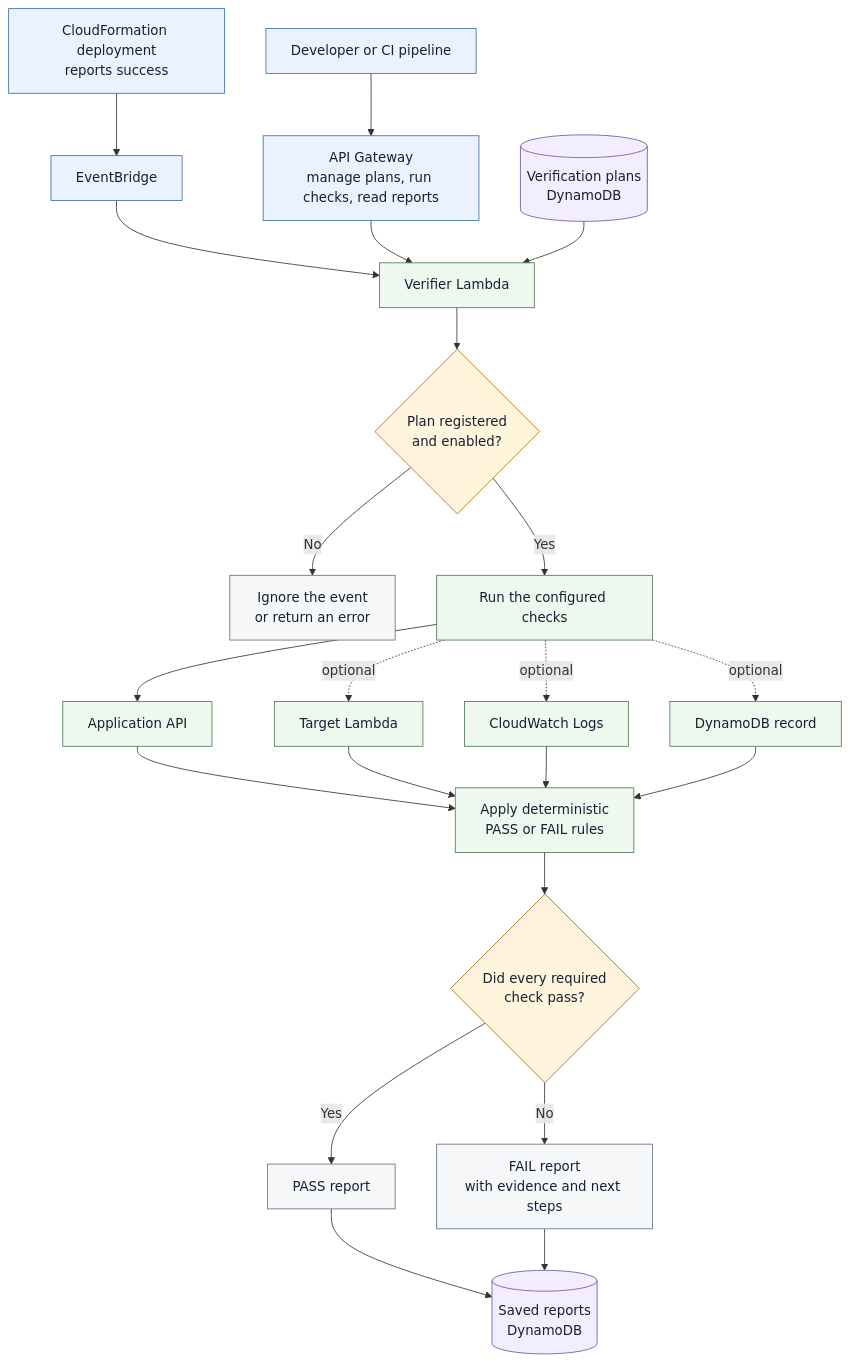
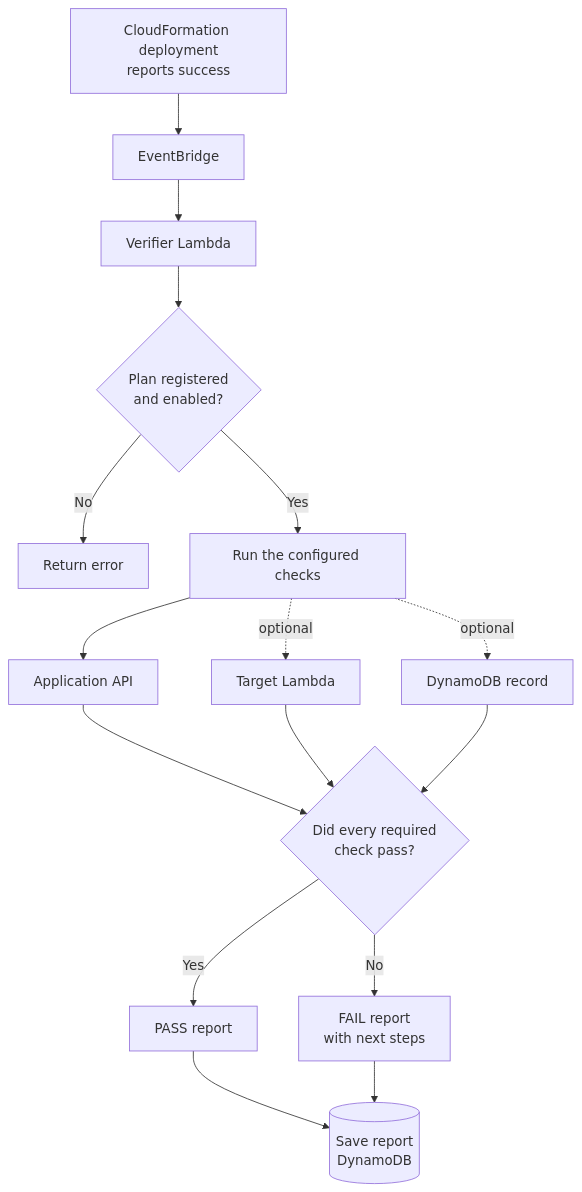
One commit to parniayzdin/deployment-application-verifier changed the diagram in README.md. Above: the diagram before and after it, drawn with Mermaid. The commit also changed other lines of this file, not shown here.

Commit message:
Simplify the README architecture

````diff
--- a/README.md
+++ b/README.md
@@ -23,40 +24,22 @@
 ```mermaid
 flowchart TD
     CF["CloudFormation deployment<br/>reports success"] --> EB["EventBridge"]
-    USER["Developer or CI pipeline"] --> API["API Gateway<br/>manage plans, run checks, read reports"]
+    EB --> VERIFIER["Verifier Lambda"]
+    VERIFIER --> ENABLED{"Plan registered<br/>and enabled?"}
 
-    EB --> VERIFIER["Verifier Lambda"]
-    API --> VERIFIER
-    PLANS[("Verification plans<br/>DynamoDB")] --> VERIFIER
-
-    VERIFIER --> ENABLED{"Plan registered<br/>and enabled?"}
-    ENABLED -- "No" --> STOP["Ignore the event<br/>or return an error"]
+    ENABLED -- "No" --> ERROR["Return error"]
     ENABLED -- "Yes" --> RUN["Run the configured checks"]
 
-    RUN --> APP["Application API"]
-    RUN -. "optional" .-> FUNCTION["Target Lambda"]
-    RUN -. "optional" .-> LOGS["CloudWatch Logs"]
-    RUN -. "optional" .-> RECORD["DynamoDB record"]
+    RUN --> API["Application API"]
+    RUN -. "optional" .-> LAMBDA["Target Lambda"]
+    RUN -. "optional" .-> DATABASE["DynamoDB record"]
 
-    APP --> RULES["Apply deterministic<br/>PASS or FAIL rules"]
-    FUNCTION --> RULES
-    LOGS --> RULES
-    RECORD --> RULES
+    API --> RESULT{"Did every required<br/>check pass?"}
+    LAMBDA --> RESULT
+    DATABASE --> RESULT
 
-    RULES --> RESULT{"Did every required<br/>check pass?"}
     RESULT -- "Yes" --> PASS["PASS report"]
-    RESULT -- "No" --> FAIL["FAIL report<br/>with evidence and next steps"]
-    PASS --> REPORTS[("Saved reports<br/>DynamoDB")]
+    RESULT -- "No" --> FAIL["FAIL report<br/>with next steps"]
+    PASS --> REPORTS[("Save report<br/>DynamoDB")]
     FAIL --> REPORTS
-
-    classDef entry fill:#eaf2ff,stroke:#3b6ea8,color:#172033;
-    classDef process fill:#eef8ef,stroke:#4f7a55,color:#172033;
-    classDef decision fill:#fff4dc,stroke:#a66b17,color:#172033;
-    classDef storage fill:#f2edff,stroke:#7255a6,color:#172033;
-    classDef outcome fill:#f6f7f9,stroke:#647184,color:#172033;
-    class CF,EB,USER,API entry;
-    class VERIFIER,RUN,APP,FUNCTION,LOGS,RECORD,RULES process;
-    class ENABLED,RESULT decision;
-    class PLANS,REPORTS storage;
-    class STOP,PASS,FAIL outcome;
 ```
````
